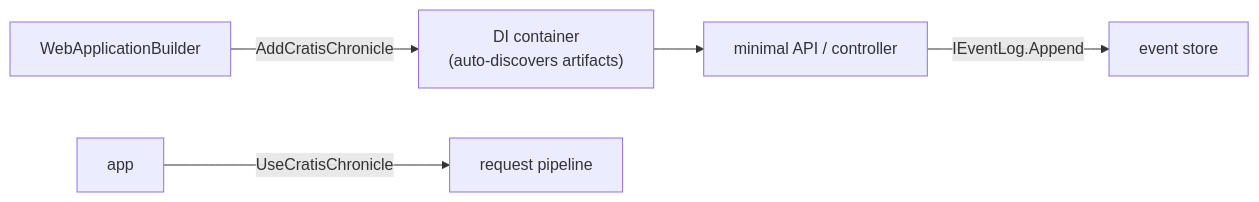
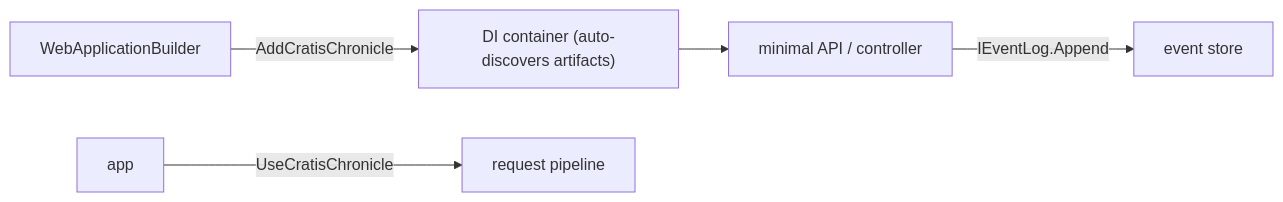
One commit to Cratis/Chronicle changed the diagram in Documentation/get-started/aspnetcore.md. Above: the diagram before and after it, drawn with Mermaid. The commit also changed other lines of this file and 43 other files, not shown here.

````diff
--- a/Documentation/get-started/aspnetcore.md
+++ b/Documentation/get-started/aspnetcore.md
@@ -44,7 +44,7 @@
 ```mermaid
 flowchart LR
-    Builder["WebApplicationBuilder"] -->|AddCratisChronicle| DI["DI container<br/>(auto-discovers artifacts)"]
+    Builder["WebApplicationBuilder"] -->|AddCratisChronicle| DI["DI container (auto-discovers artifacts)"]
     App["app"] -->|UseCratisChronicle| Pipeline["request pipeline"]
     DI --> Endpoint["minimal API / controller"]
     Endpoint -->|IEventLog.Append| ES["event store"]
 ```
````
